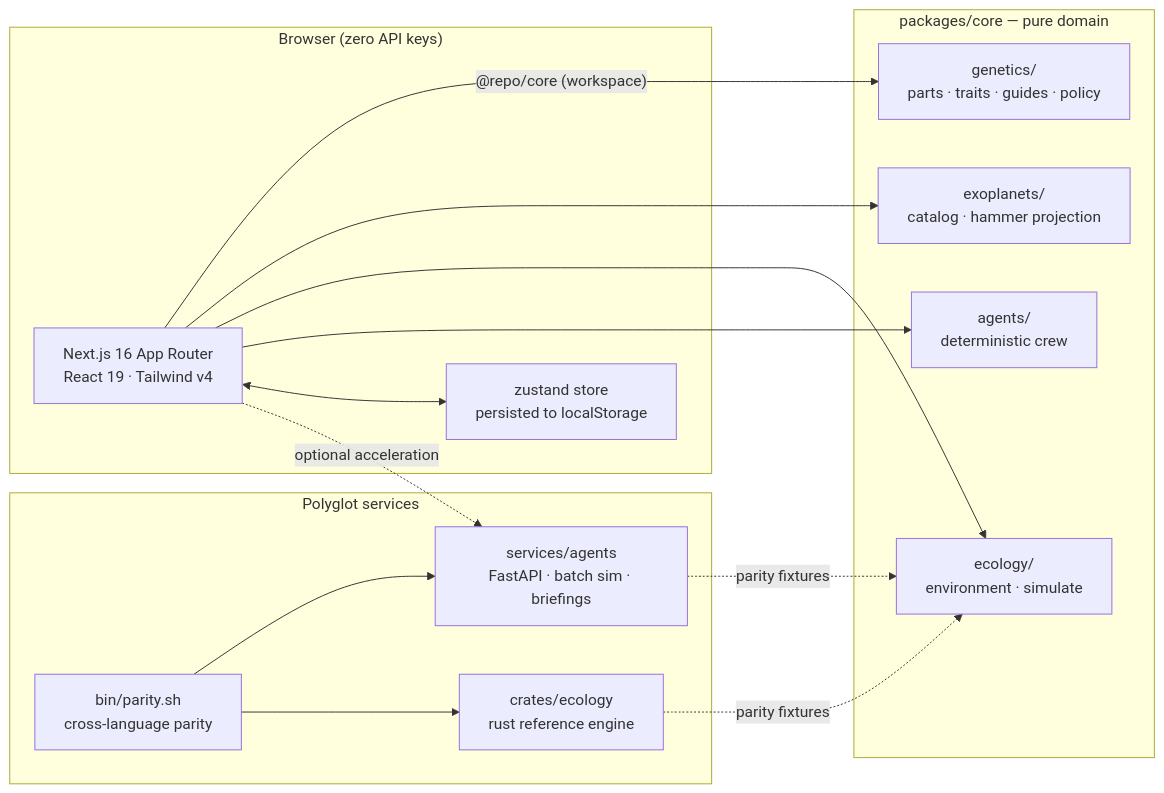
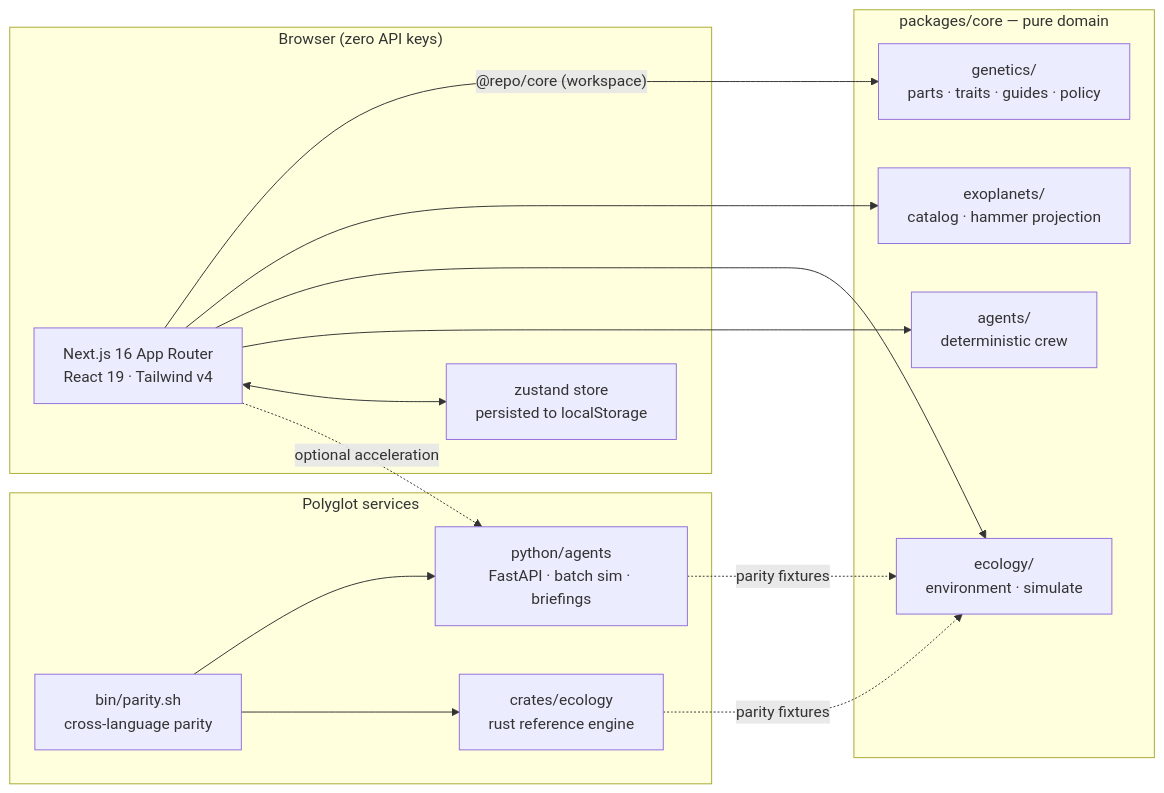
One commit to aniruddhaadak80/chromoforge changed the diagram in README.md. Above: the diagram before and after it, drawn with Mermaid. The commit also changed other lines of this file and 26 other files, not shown here.

First line of the commit message:
refactor: move python service out of Vercel's services/ scan path

````diff
--- a/README.md
+++ b/README.md
@@ -83,31 +83,31 @@
 ```mermaid
 flowchart LR
     subgraph browser["Browser (zero API keys)"]
         UI["Next.js 16 App Router<br/>React 19 · Tailwind v4"]
         Store["zustand store<br/>persisted to localStorage"]
     end
 
     subgraph core["packages/core — pure domain"]
         Genetics["genetics/<br/>parts · traits · guides · policy"]
         Exo["exoplanets/<br/>catalog · hammer projection"]
         Eco["ecology/<br/>environment · simulate"]
         Crew["agents/<br/>deterministic crew"]
     end
 
     subgraph polyglot["Polyglot services"]
         Rust["crates/ecology<br/>rust reference engine"]
-        Py["services/agents<br/>FastAPI · batch sim · briefings"]
+        Py["python/agents<br/>FastAPI · batch sim · briefings"]
         Sh["bin/parity.sh<br/>cross-language parity"]
     end
 
     UI -->|"@repo/core (workspace)"| Genetics
     UI --> Exo
     UI --> Eco
     UI --> Crew
     UI <--> Store
     Py -. "parity fixtures" .-> Eco
     Rust -. "parity fixtures" .-> Eco
     Sh --> Py
     Sh --> Rust
     UI -. "optional acceleration" .-> Py
 ```
````
